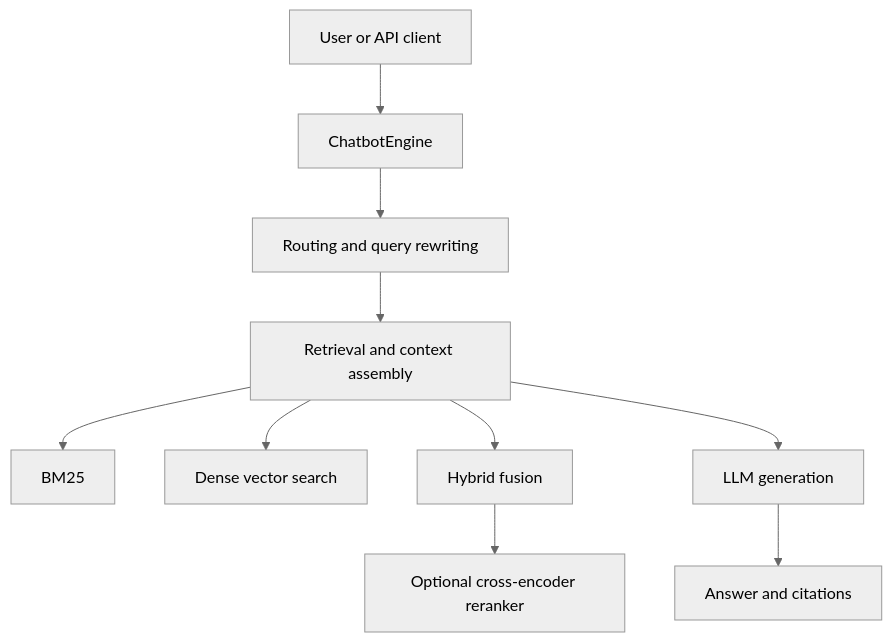
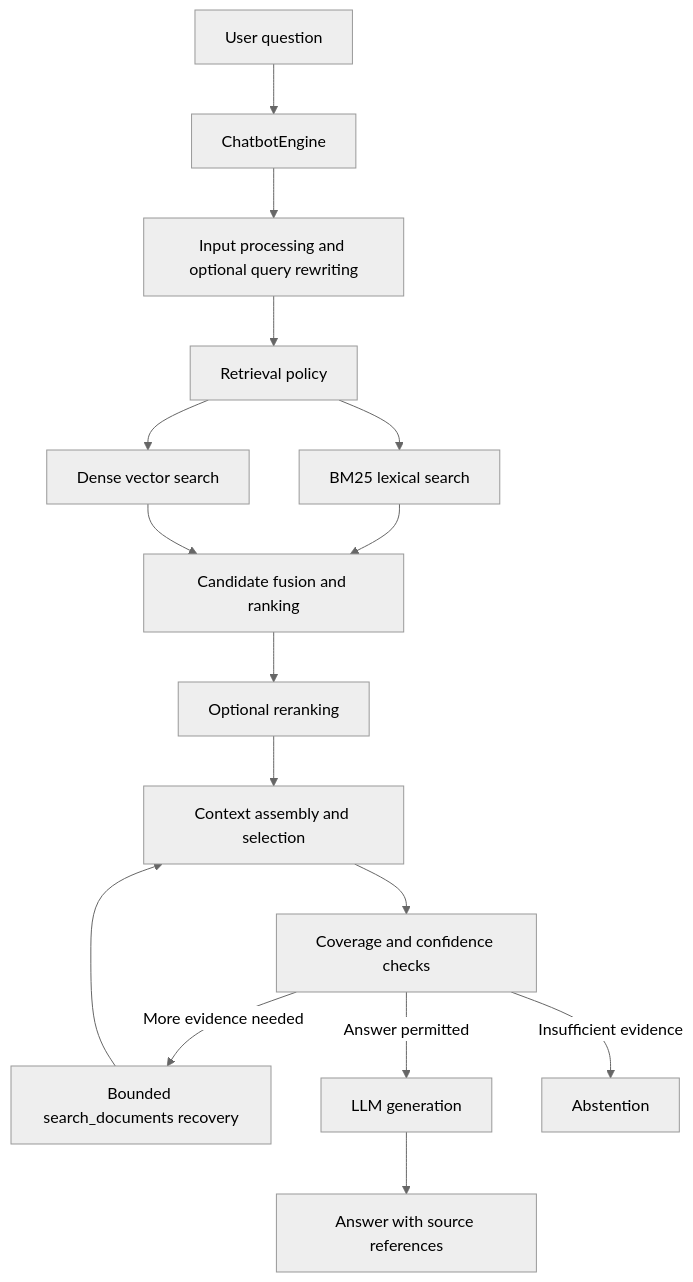
Before and after one commit to CosmicSheep42/RAG-Chatbot: the diagram in README.md, drawn with Mermaid (neutral theme). The commit also changed other lines of this file, not shown here.

````diff
--- a/README.md
+++ b/README.md
@@ -32,12 +32,18 @@
 ```mermaid
 flowchart TD
-    U[User or API client] --> E[ChatbotEngine]
-    E --> R[Routing and query rewriting]
-    R --> Q[Retrieval and context assembly]
-    Q --> B[BM25]
-    Q --> D[Dense vector search]
-    Q --> H[Hybrid fusion]
-    H --> X[Optional cross-encoder reranker]
-    Q --> G[LLM generation]
-    G --> A[Answer and citations]
+    Q[User question] --> E[ChatbotEngine]
+    E --> N[Input processing and optional query rewriting]
+    N --> R[Retrieval policy]
+    R --> BM[BM25 lexical search]
+    R --> DE[Dense vector search]
+    BM --> F[Candidate fusion and ranking]
+    DE --> F
+    F --> RR[Optional reranking]
+    RR --> C[Context assembly and selection]
+    C --> G[Coverage and confidence checks]
+    G -->|More evidence needed| T[Bounded search_documents recovery]
+    T --> C
+    G -->|Answer permitted| L[LLM generation]
+    G -->|Insufficient evidence| A[Abstention]
+    L --> S[Answer with source references]
 ```
````
